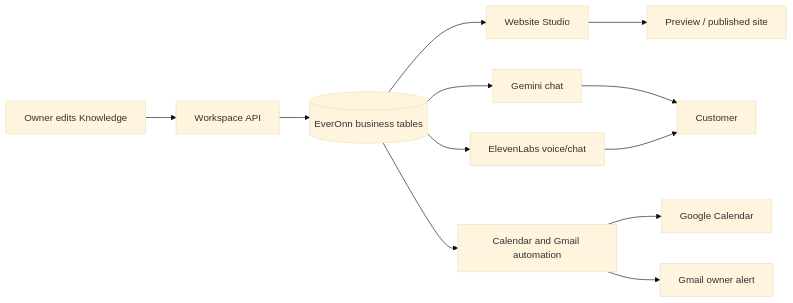
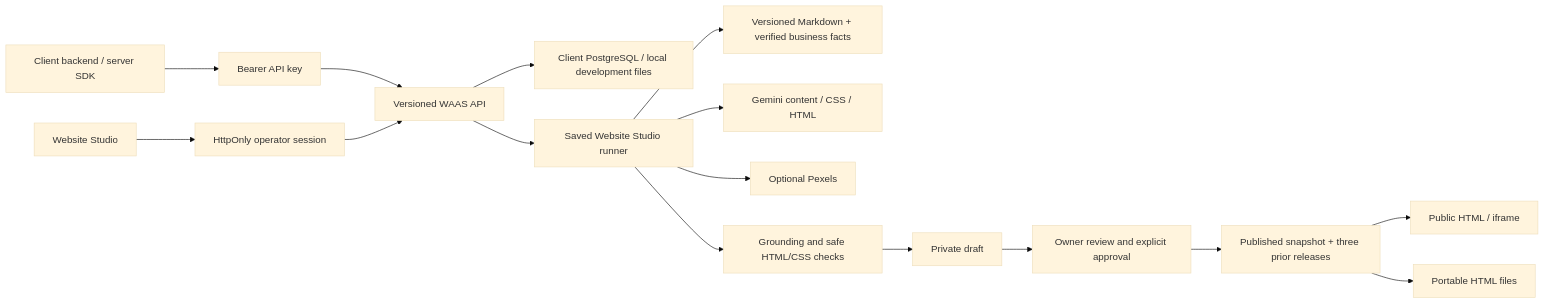
Before and after one commit to tinitiateprime/everonnai: the diagram in PROJECT_DATA_FLOW.md, drawn with Mermaid (base theme). The commit also changed other lines of this file and 205 other files, not shown here.

Commit message:
Extract standalone Website Studio service with client SDK and setup guides

````diff
--- a/PROJECT_DATA_FLOW.md
+++ b/PROJECT_DATA_FLOW.md
@@ -9,14 +3,18 @@
-```mermaid
+~~~mermaid
 flowchart LR
-  Owner[Owner edits Knowledge] --> API[Workspace API]
-  API --> Store[(EverOnn business tables)]
-  Store --> Website[Website Studio]
-  Store --> Gemini[Gemini chat]
-  Store --> Voice[ElevenLabs voice/chat]
-  Store --> Booking[Calendar and Gmail automation]
-  Website --> CustomerSite[Preview / published site]
-  Gemini --> Customer
-  Voice --> Customer
-  Booking --> Calendar[Google Calendar]
-  Booking --> Mail[Gmail owner alert]
-```
+  Client[Client backend / server SDK] --> Key[Bearer API key]
+  Studio[Website Studio] --> Session[HttpOnly operator session]
+  Key --> API[Versioned WAAS API]
+  Session --> API
+  API --> Store[Client PostgreSQL / local development files]
+  API --> Build[Saved Website Studio runner]
+  Build --> Instructions[Versioned Markdown + verified business facts]
+  Build --> Gemini[Gemini content / CSS / HTML]
+  Build --> Photos[Optional Pexels]
+  Build --> QA[Grounding and safe HTML/CSS checks]
+  QA --> Draft[Private draft]
+  Draft --> Review[Owner review and explicit approval]
+  Review --> Live[Published snapshot + three prior releases]
+  Live --> Page[Public HTML / iframe]
+  Live --> Export[Portable HTML files]
+~~~
````
